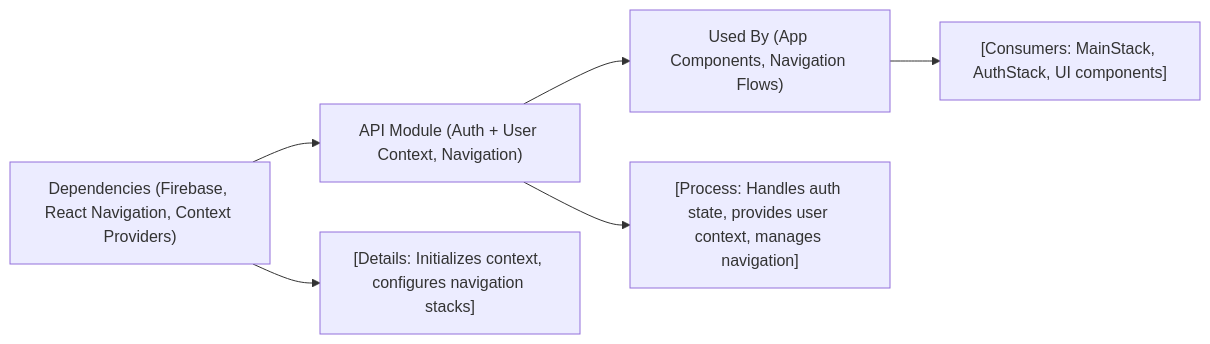
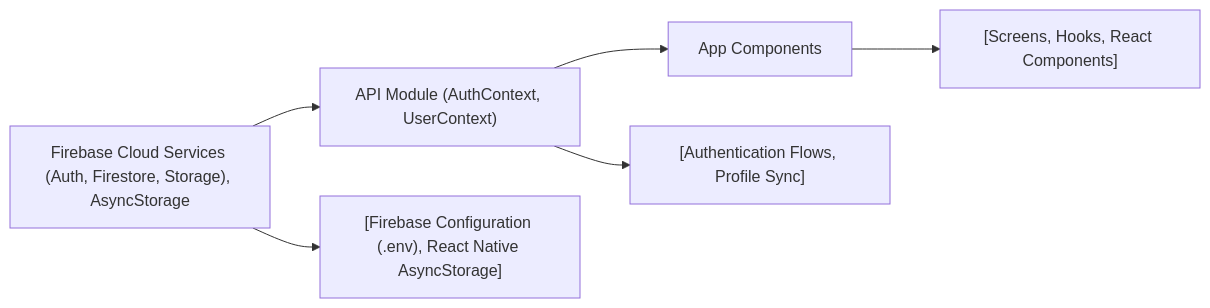
One commit to lucasboucher/Expo-Firebase-Boiler-Plate-2 changed the diagram in .shelfya/api/overview.md. Above: the diagram before and after it, drawn with Mermaid. The commit also changed other lines of this file and 7 other files, not shown here.

````diff
--- a/.shelfya/api/overview.md
+++ b/.shelfya/api/overview.md
@@ -49,7 +63,7 @@
 ```mermaid
 flowchart LR
-  dependencies["Dependencies (Firebase, React Navigation, Context Providers)"] --> thisModule["API Module (Auth + User Context, Navigation)"] --> usedBy["Used By (App Components, Navigation Flows)"]
-  dependencies --> details["[Details: Initializes context, configures navigation stacks]"]
-  thisModule --> process["[Process: Handles auth state, provides user context, manages navigation]"] 
-  usedBy --> consumers["[Consumers: MainStack, AuthStack, UI components]"]
+  dependencies["Firebase Cloud Services (Auth, Firestore, Storage), AsyncStorage"] --> thisModule["API Module (AuthContext, UserContext)"] --> usedBy["App Components"]
+  dependencies --> details["[Firebase Configuration (.env), React Native AsyncStorage]"]
+  thisModule --> process["[Authentication Flows, Profile Sync]"] 
+  usedBy --> consumers["[Screens, Hooks, React Components]"]
 ```
````
